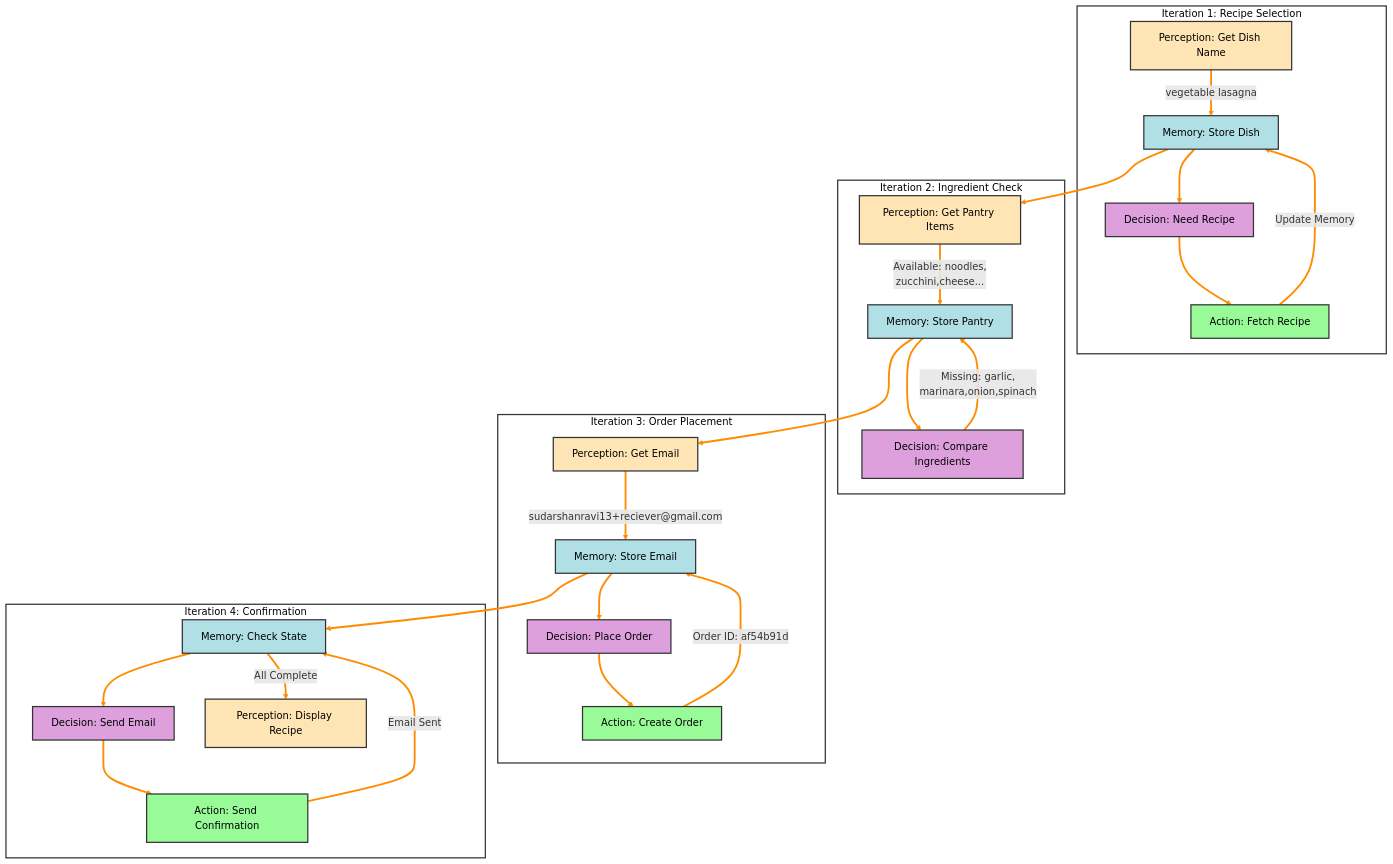
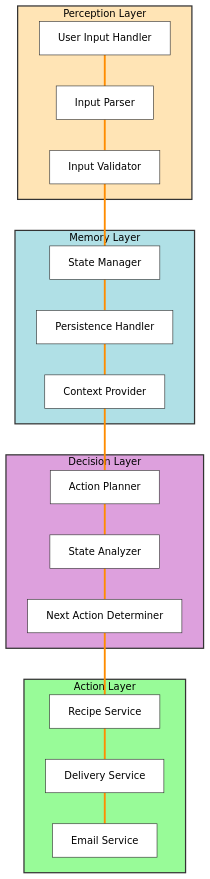
One commit to SXD390/EAG-V1-Assignment-6 changed the second of 3 diagrams in README.md. Above: the diagram before and after it, drawn with Mermaid. The commit also changed other lines of this file, not shown here.

````diff
--- a/README.md
+++ b/README.md
@@ -76,60 +76,50 @@
 ```mermaid
 graph TD
     %% Define arrow styles
     linkStyle default stroke:#ff8c00,stroke-width:3px
 
-    subgraph iter1[Iteration 1: Recipe Selection]
-        P1[Perception: Get Dish Name] -->|"vegetable lasagna"| M1[Memory: Store Dish]
-        M1 --> D1[Decision: Need Recipe]
-        D1 --> A1[Action: Fetch Recipe]
-        A1 -->|"Update Memory"| M1
+    subgraph Perception[Perception Layer]
+        P1[User Input Handler] --- P2[Input Parser]
+        P2 --- P3[Input Validator]
     end
 
-    subgraph iter2[Iteration 2: Ingredient Check]
-        P2[Perception: Get Pantry Items] -->|"Available: noodles,<br/>zucchini,cheese..."| M2[Memory: Store Pantry]
-        M2 --> D2[Decision: Compare Ingredients]
-        D2 -->|"Missing: garlic,<br/>marinara,onion,spinach"| M2
+    subgraph Memory[Memory Layer]
+        M1[State Manager] --- M2[Persistence Handler]
+        M2 --- M3[Context Provider]
     end
 
-    subgraph iter3[Iteration 3: Order Placement]
-        P3[Perception: Get Email] -->|"sudarshanravi13+reciever@gmail.com"| M3[Memory: Store Email]
-        M3 --> D3[Decision: Place Order]
-        D3 --> A3[Action: Create Order]
-        A3 -->|"Order ID: af54b91d"| M3
+    subgraph Decision[Decision Layer]
+        D1[Action Planner] --- D2[State Analyzer]
+        D2 --- D3[Next Action Determiner]
     end
 
-    subgraph iter4[Iteration 4: Confirmation]
-        M4[Memory: Check State] --> D4[Decision: Send Email]
-        D4 --> A4[Action: Send Confirmation]
-        A4 -->|"Email Sent"| M4
-        M4 -->|"All Complete"| P4[Perception: Display Recipe]
+    subgraph Action[Action Layer]
+        A1[Recipe Service] --- A2[Delivery Service]
+        A2 --- A3[Email Service]
     end
 
-    M1 --> P2
-    M2 --> P3
-    M3 --> M4
+    P3 --- M1
+    M3 --- D1
+    D3 --- A1
 
-    style P1 fill:#ffe4b5,stroke:#333,stroke-width:2px,color:#000
-    style P2 fill:#ffe4b5,stroke:#333,stroke-width:2px,color:#000
-    style P3 fill:#ffe4b5,stroke:#333,stroke-width:2px,color:#000
-    style P4 fill:#ffe4b5,stroke:#333,stroke-width:2px,color:#000
-
-    style M1 fill:#b0e0e6,stroke:#333,stroke-width:2px,color:#000
-    style M2 fill:#b0e0e6,stroke:#333,stroke-width:2px,color:#000
-    style M3 fill:#b0e0e6,stroke:#333,stroke-width:2px,color:#000
-    style M4 fill:#b0e0e6,stroke:#333,stroke-width:2px,color:#000
-
-    style D1 fill:#dda0dd,stroke:#333,stroke-width:2px,color:#000
-    style D2 fill:#dda0dd,stroke:#333,stroke-width:2px,color:#000
-    style D3 fill:#dda0dd,stroke:#333,stroke-width:2px,color:#000
-    style D4 fill:#dda0dd,stroke:#333,stroke-width:2px,color:#000
-
-    style A1 fill:#98fb98,stroke:#333,stroke-width:2px,color:#000
-    style A3 fill:#98fb98,stroke:#333,stroke-width:2px,color:#000
-    style A4 fill:#98fb98,stroke:#333,stroke-width:2px,color:#000
-
-    style iter1 fill:#ffffff,stroke:#333,stroke-width:2px,color:#000
-    style iter2 fill:#ffffff,stroke:#333,stroke-width:2px,color:#000
-    style iter3 fill:#ffffff,stroke:#333,stroke-width:2px,color:#000
-    style iter4 fill:#ffffff,stroke:#333,stroke-width:2px,color:#000
+    style Perception fill:#ffe4b5,stroke:#333,stroke-width:2px,color:#000
+    style Memory fill:#b0e0e6,stroke:#333,stroke-width:2px,color:#000
+    style Decision fill:#dda0dd,stroke:#333,stroke-width:2px,color:#000
+    style Action fill:#98fb98,stroke:#333,stroke-width:2px,color:#000
+    
+    style P1 fill:#fff,stroke:#333,stroke-width:1px,color:#000
+    style P2 fill:#fff,stroke:#333,stroke-width:1px,color:#000
+    style P3 fill:#fff,stroke:#333,stroke-width:1px,color:#000
+    
+    style M1 fill:#fff,stroke:#333,stroke-width:1px,color:#000
+    style M2 fill:#fff,stroke:#333,stroke-width:1px,color:#000
+    style M3 fill:#fff,stroke:#333,stroke-width:1px,color:#000
+    
+    style D1 fill:#fff,stroke:#333,stroke-width:1px,color:#000
+    style D2 fill:#fff,stroke:#333,stroke-width:1px,color:#000
+    style D3 fill:#fff,stroke:#333,stroke-width:1px,color:#000
+    
+    style A1 fill:#fff,stroke:#333,stroke-width:1px,color:#000
+    style A2 fill:#fff,stroke:#333,stroke-width:1px,color:#000
+    style A3 fill:#fff,stroke:#333,stroke-width:1px,color:#000
 ```
````
